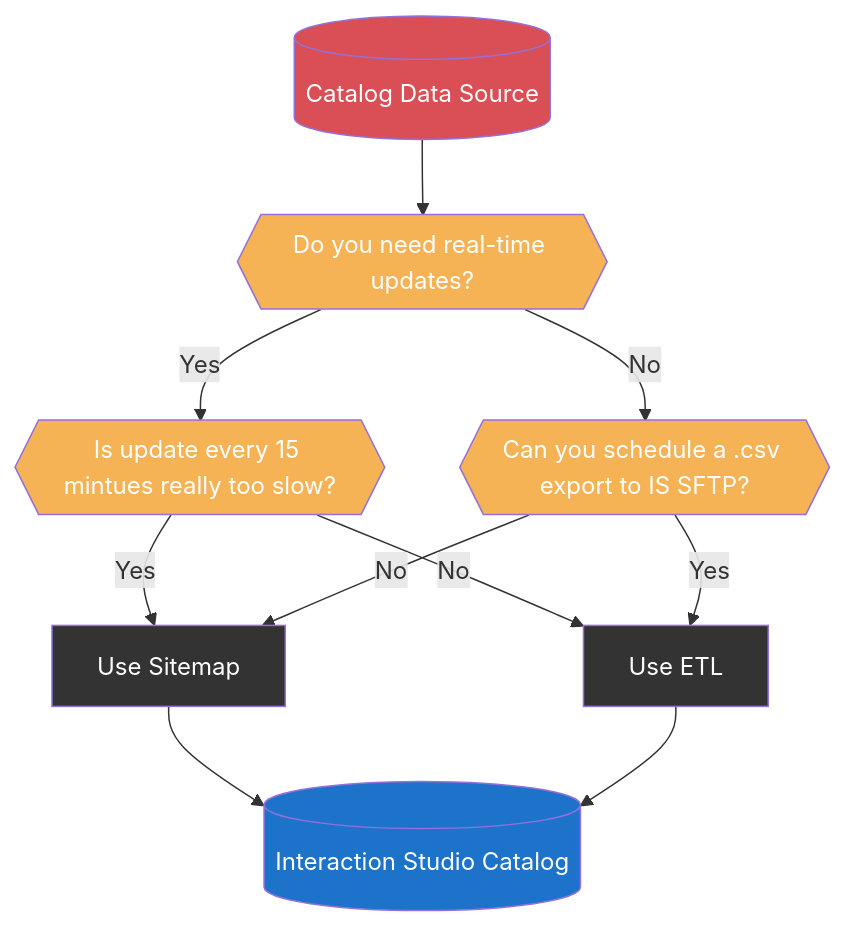
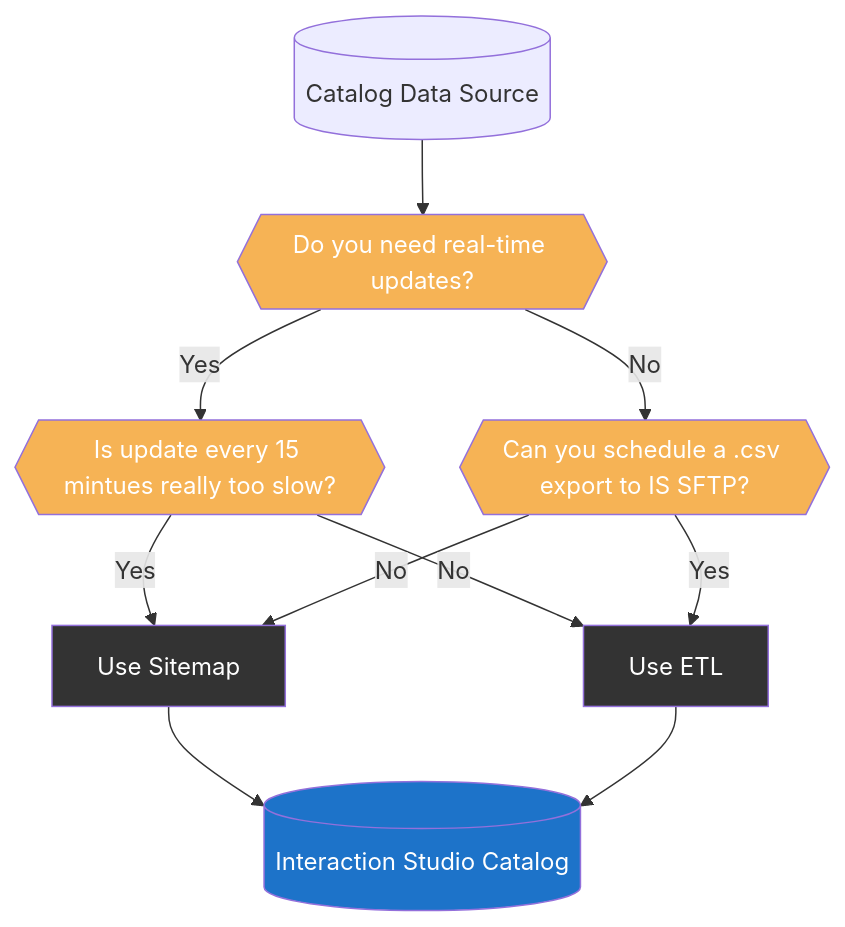
The first of 2 diagrams in docs/interaction-studio/is-catalog-architecture.mdx (MateuszDabrowski/mateuszdabrowski.pl), drawn with Mermaid before and after one commit. The commit also changed other lines of this file, not shown here.

Commit message:
Updated draft for IS Catalog Objects Architecture

````diff
--- a/docs/interaction-studio/is-catalog-architecture.mdx
+++ b/docs/interaction-studio/is-catalog-architecture.mdx
@@ -97,25 +97,24 @@
 ```mermaid
 flowchart TD
     source[(Catalog Data Source)]
-    is[(Interaction Studio Catalog)]
+    is[(Interaction Studio Catalog)]:::success
     isRealTimeNeeded{{Do you need real-time updates?}}:::check
     isEtlTooSlow{{Is update every 15 mintues really too slow?}}:::check
     canPrepareFile{{Can you schedule a .csv export to IS SFTP?}}:::check
     etl[Use ETL]:::process
     sitemap[Use Sitemap]:::process
 
     source --> isRealTimeNeeded
     isRealTimeNeeded -->|Yes| isEtlTooSlow
     isRealTimeNeeded -->|No| canPrepareFile
     isEtlTooSlow -->|No| etl
     isEtlTooSlow -->|Yes| sitemap
     canPrepareFile -->|No| sitemap
     canPrepareFile -->|Yes| etl
     sitemap --> is
     etl --> is
 
-    style source fill:#da4e55,color:#ffffff
-    style is fill:#1d73c9,color:#ffffff
+    classDef success fill:#1d73c9,color:#ffffff
     classDef check fill:#f6b355,color:#ffffff
     classDef process fill:#333333,color:#ffffff
 ```
````
